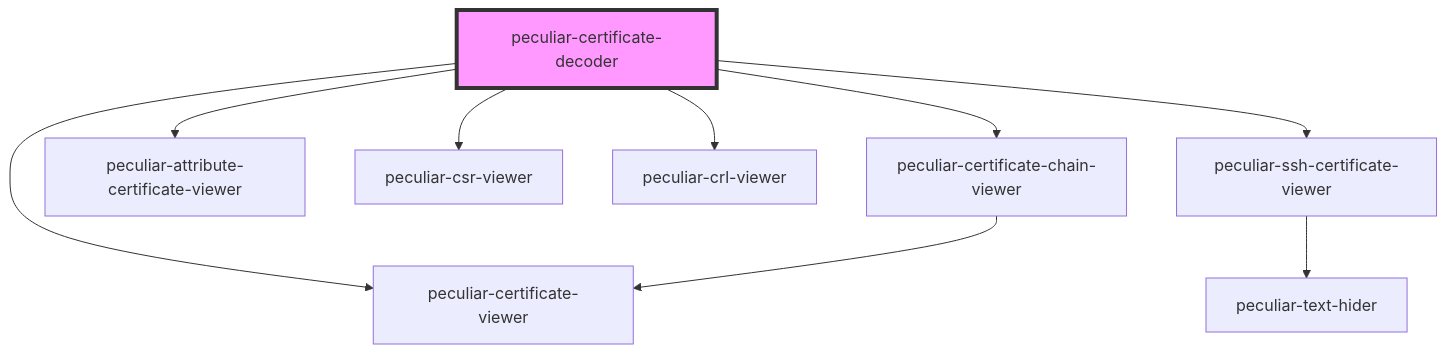
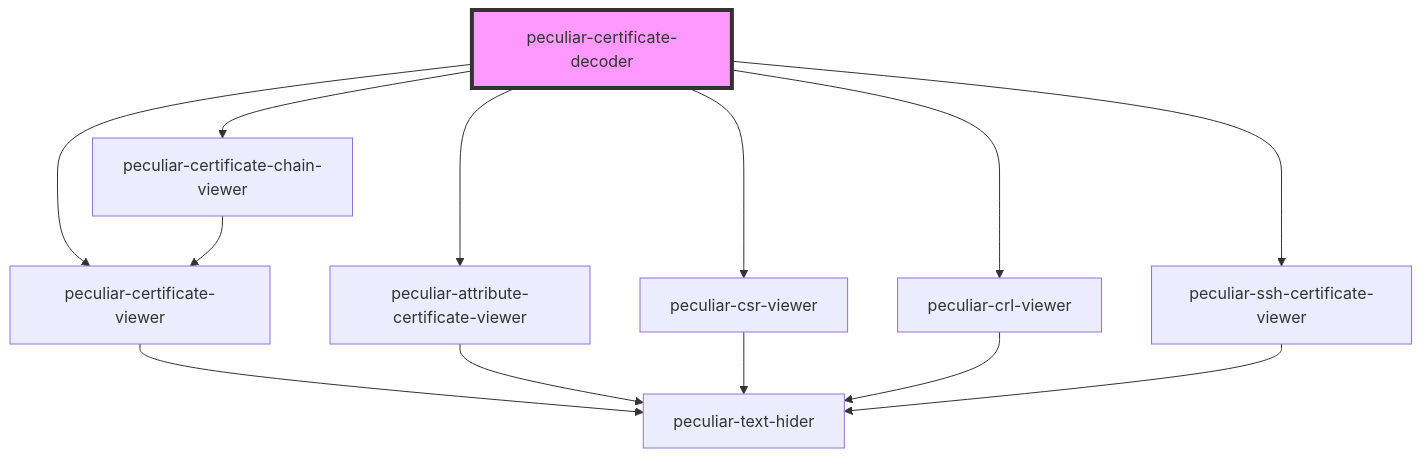
The diagram in packages/webcomponents/src/components/certificate-decoder/readme.md (PeculiarVentures/pv-certificates-viewer), drawn with Mermaid before and after one commit. The commit also changed 223 other files, not shown here.

````diff
--- a/packages/webcomponents/src/components/certificate-decoder/readme.md
+++ b/packages/webcomponents/src/components/certificate-decoder/readme.md
@@ -36,12 +36,16 @@
 ```mermaid
 graph TD;
   peculiar-certificate-decoder --> peculiar-certificate-chain-viewer
   peculiar-certificate-decoder --> peculiar-certificate-viewer
   peculiar-certificate-decoder --> peculiar-attribute-certificate-viewer
   peculiar-certificate-decoder --> peculiar-csr-viewer
   peculiar-certificate-decoder --> peculiar-crl-viewer
   peculiar-certificate-decoder --> peculiar-ssh-certificate-viewer
   peculiar-certificate-chain-viewer --> peculiar-certificate-viewer
+  peculiar-certificate-viewer --> peculiar-text-hider
+  peculiar-attribute-certificate-viewer --> peculiar-text-hider
+  peculiar-csr-viewer --> peculiar-text-hider
+  peculiar-crl-viewer --> peculiar-text-hider
   peculiar-ssh-certificate-viewer --> peculiar-text-hider
   style peculiar-certificate-decoder fill:#f9f,stroke:#333,stroke-width:4px
 ```
````
